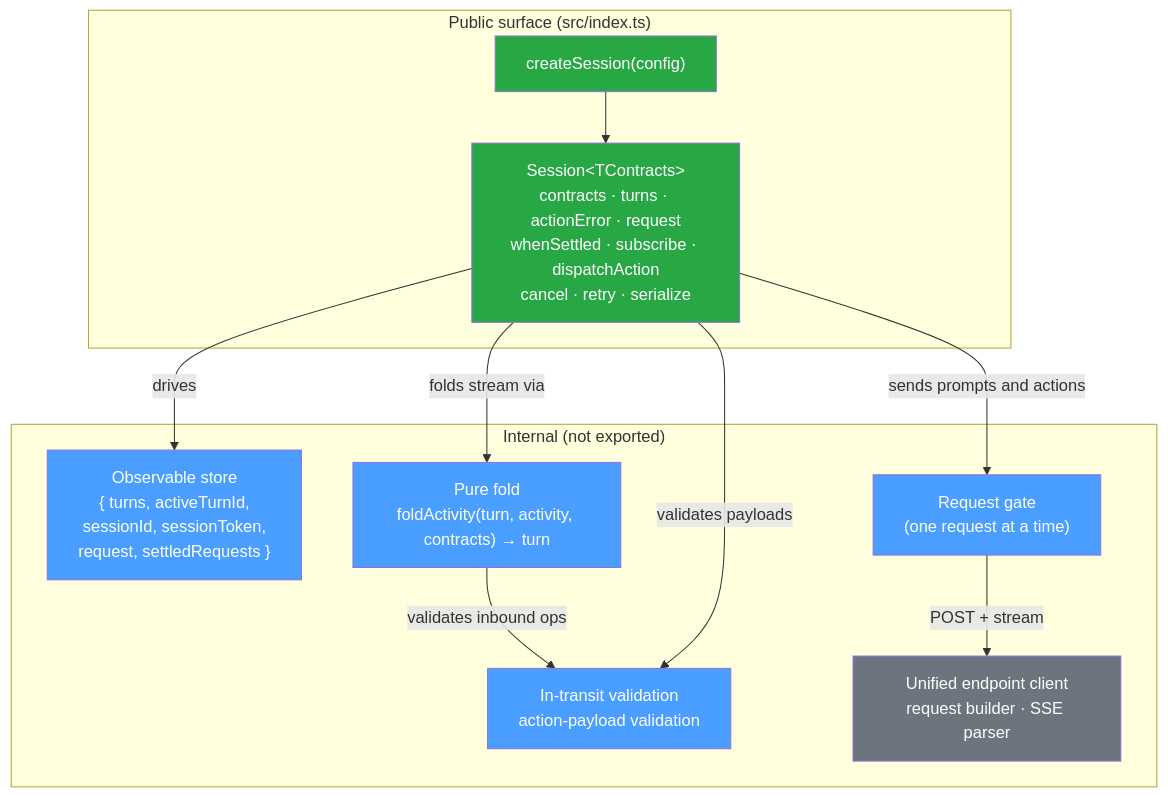
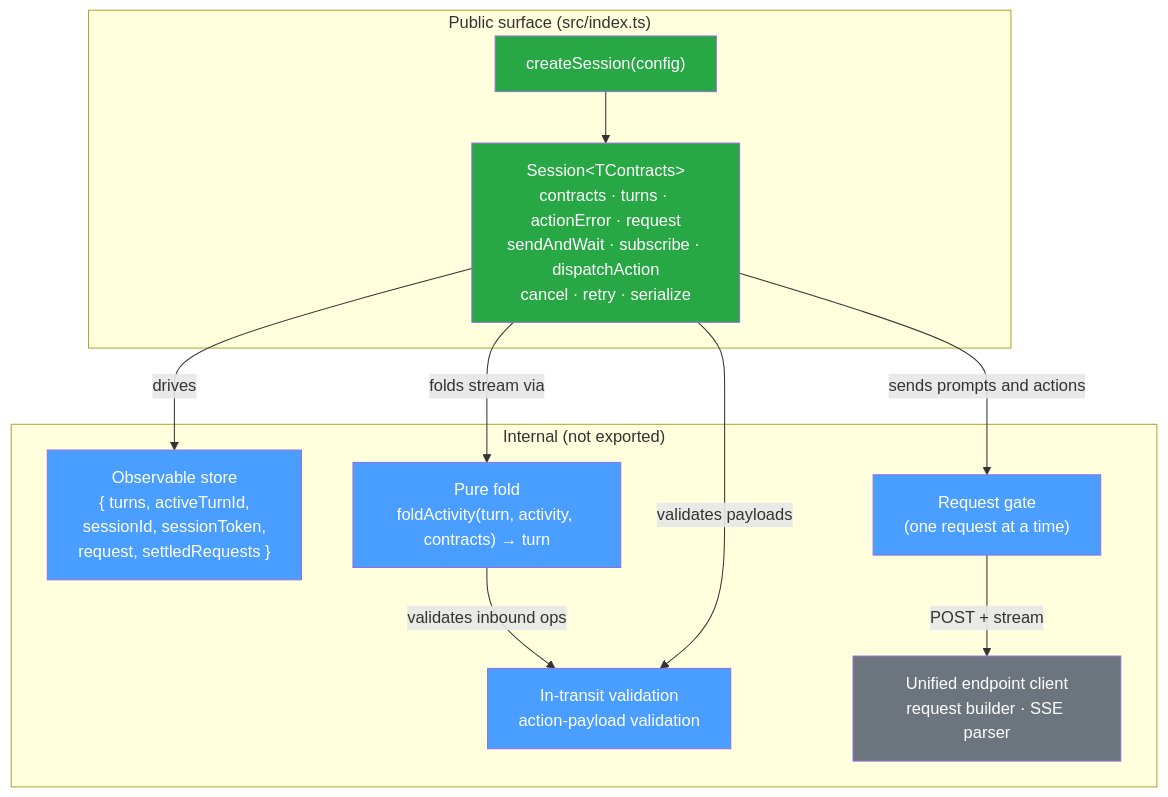
One commit to coveo/ui-kit changed the first of 2 diagrams in packages/thermidor/docs/architecture.md. Above: the diagram before and after it, drawn with Mermaid. The commit also changed other lines of this file and 10 other files, not shown here.

First line of the commit message:
refactor(thermidor): replace whenSettled() with sendAndWait(send) j:KIT-6415

````diff
--- a/packages/thermidor/docs/architecture.md
+++ b/packages/thermidor/docs/architecture.md
@@ -17,31 +17,31 @@
 ```mermaid
 graph TB
     subgraph "Public surface (src/index.ts)"
         CS["createSession(config)"]
-        SESSION["Session&lt;TContracts&gt;<br/>contracts · turns · actionError · request<br/>whenSettled · subscribe · dispatchAction<br/>cancel · retry · serialize"]
+        SESSION["Session&lt;TContracts&gt;<br/>contracts · turns · actionError · request<br/>sendAndWait · subscribe · dispatchAction<br/>cancel · retry · serialize"]
     end
 
     subgraph "Internal (not exported)"
         STORE["Observable store<br/>{ turns, activeTurnId,<br/>sessionId, sessionToken,<br/>request, settledRequests }"]
         FOLD["Pure fold<br/>foldActivity(turn, activity, contracts) → turn"]
         VALID["In-transit validation<br/>action-payload validation"]
         GATE["Request gate<br/>(one request at a time)"]
         API["Unified endpoint client<br/>request builder · SSE parser"]
     end
 
     CS --> SESSION
     SESSION -->|drives| STORE
     SESSION -->|folds stream via| FOLD
     FOLD -->|validates inbound ops| VALID
     SESSION -->|validates payloads| VALID
     SESSION -->|sends prompts and actions| GATE
     GATE -->|POST + stream| API
 
     style CS fill:#28a745,color:#fff
     style SESSION fill:#28a745,color:#fff
     style STORE fill:#4a9eff,color:#fff
     style FOLD fill:#4a9eff,color:#fff
     style VALID fill:#4a9eff,color:#fff
     style GATE fill:#4a9eff,color:#fff
     style API fill:#6c757d,color:#fff
 ```
````
